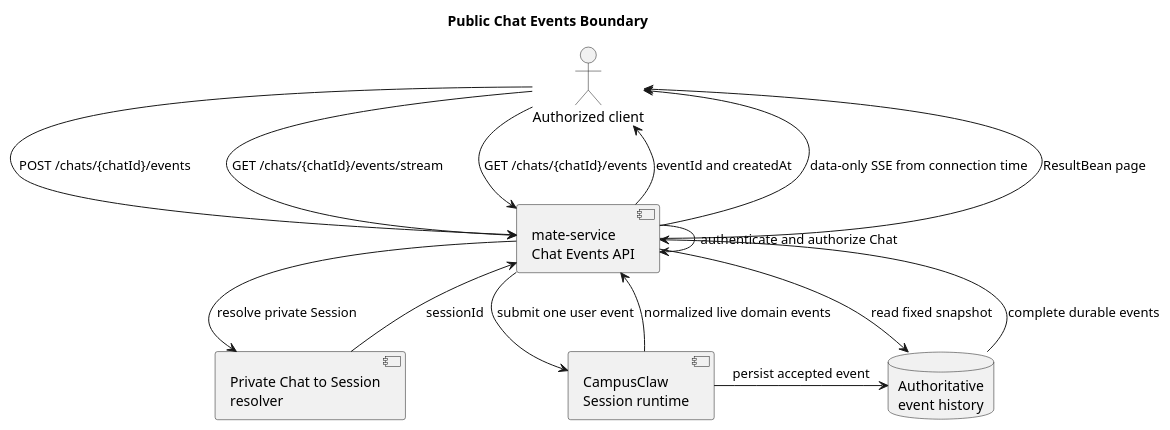
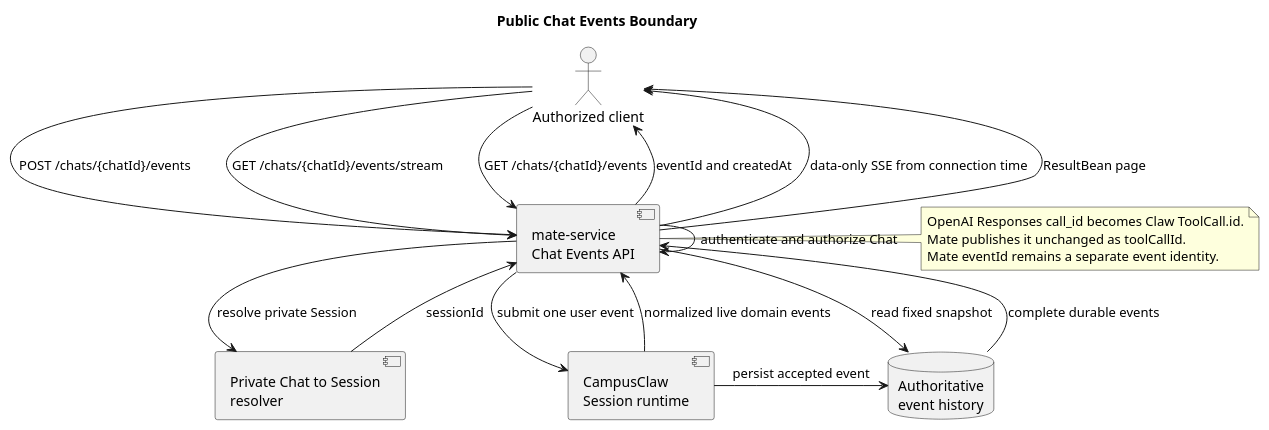
Before and after one commit to ssm0808/pi-mono-java-design: the first of 2 diagrams in 02-服务与接口/07-mate-service通用对话API/设计图/diagram.puml, drawn with PlantUML. The commit also changed 10 other files, not shown here.

Commit message:
docs(mate-api): 使用 OpenAI toolCallId

```diff
--- a/02-服务与接口/07-mate-service通用对话API/设计图/diagram.puml
+++ b/02-服务与接口/07-mate-service通用对话API/设计图/diagram.puml
@@ -1,33 +1,42 @@
 @startuml public_chat_event_boundary
 title Public Chat Events Boundary
 skinparam shadowing false
 
 ' Source evidence: pi-mono-java@7e54b47f modules/coding-agent-cli/src/main/java/com/campusclaw/codingagent/runtimeapi/web/RuntimeEventController.java submitEvent/listEvents
 ' Source evidence: pi-mono-java@7e54b47f modules/coding-agent-cli/src/main/java/com/campusclaw/codingagent/runtimeapi/event/RuntimeEventProjector.java projection methods
+' Source evidence: pi-mono-java@7e54b47f modules/ai/src/main/java/com/campusclaw/ai/provider/openai/OpenAIResponsesProvider.java handleOutputItemAdded/handleOutputItemDone/convertToolResultInput
 ' Observed behavior: the current Claw HTTP layer has request-scoped POST SSE and history GET, but no independent long-lived stream GET.
+' Observed identity: OpenAI Responses call_id maps to Claw ToolCall.id and is written back for Tool results.
 ' Target-only design: Mate separates event submission, live Chat observation, and authoritative fixed-snapshot history.
 ' Design reason: a transport disconnect must not determine whether a write succeeded or whether an execution continues.
+' Architecture change: Mate publishes the OpenAI Tool Call ID unchanged while keeping eventId independent.
 
 actor "Authorized client" as Client
 component "mate-service\nChat Events API" as Mate
 component "Private Chat to Session\nresolver" as Resolver
 component "CampusClaw\nSession runtime" as Claw
 database "Authoritative\nevent history" as History
 
 Client -> Mate : POST /chats/{chatId}/events
 Mate -> Mate : authenticate and authorize Chat
 Mate -> Resolver : resolve private Session
 Resolver --> Mate : sessionId
 Mate -> Claw : submit one user event
 Claw -> History : persist accepted event
 Mate --> Client : eventId and createdAt
 
 Client -> Mate : GET /chats/{chatId}/events/stream
 Claw --> Mate : normalized live domain events
 Mate --> Client : data-only SSE from connection time
 
+note right of Mate
+OpenAI Responses call_id becomes Claw ToolCall.id.
+Mate publishes it unchanged as toolCallId.
+Mate eventId remains a separate event identity.
+end note
+
 Client -> Mate : GET /chats/{chatId}/events
 Mate -> History : read fixed snapshot
 History --> Mate : complete durable events
 Mate --> Client : ResultBean page
 @enduml
```
